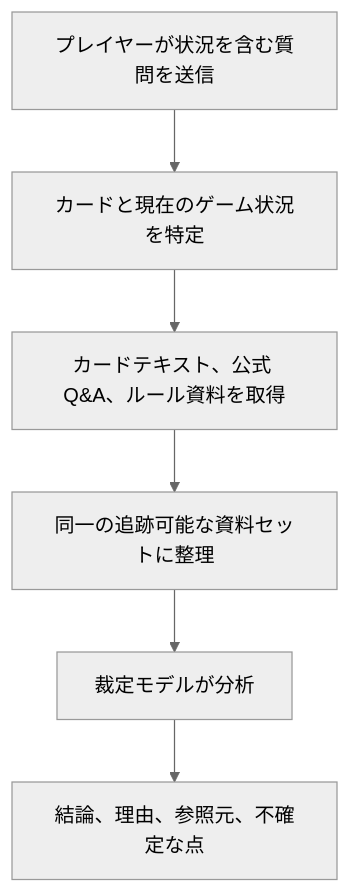
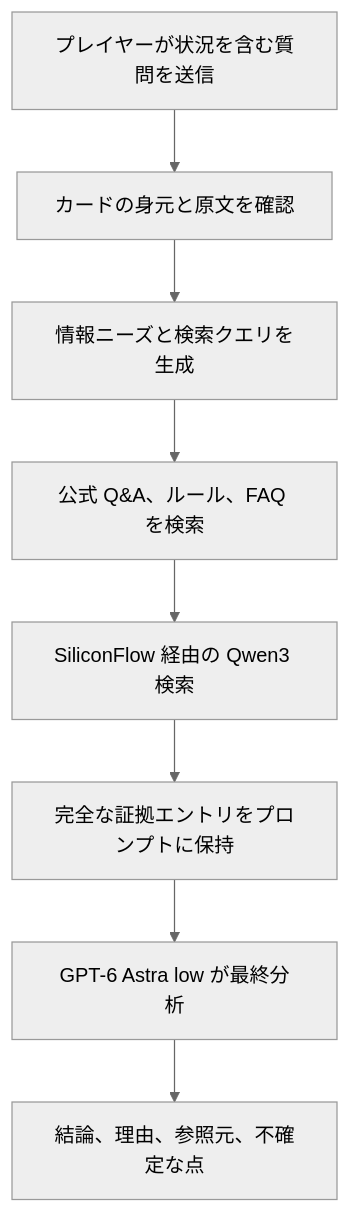
Before and after one commit to coldiceh/ocg-ruling-assistant: the diagram in README.ja.md, drawn with Mermaid (neutral theme). The commit also changed other lines of this file and 10 other files, not shown here.

````diff
--- a/README.ja.md
+++ b/README.ja.md
@@ -20,8 +19,10 @@
 ```mermaid
 flowchart TD
-    A["プレイヤーが状況を含む質問を送信"] --> B["カードと現在のゲーム状況を特定"]
-    B --> C["カードテキスト、公式 Q&A、ルール資料を取得"]
-    C --> E["同一の追跡可能な資料セットに整理"]
-    E --> F["裁定モデルが分析"]
-    F --> G["結論、理由、参照元、不確定な点"]
+    A["プレイヤーが状況を含む質問を送信"] --> B["カードの身元と原文を確認"]
+    B --> C["情報ニーズと検索クエリを生成"]
+    C --> D["公式 Q&A、ルール、FAQ を検索"]
+    D --> E["SiliconFlow 経由の Qwen3 検索"]
+    E --> F["完全な証拠エントリをプロンプトに保持"]
+    F --> G["GPT-6 Astra low が最終分析"]
+    G --> H["結論、理由、参照元、不確定な点"]
 ```
````
